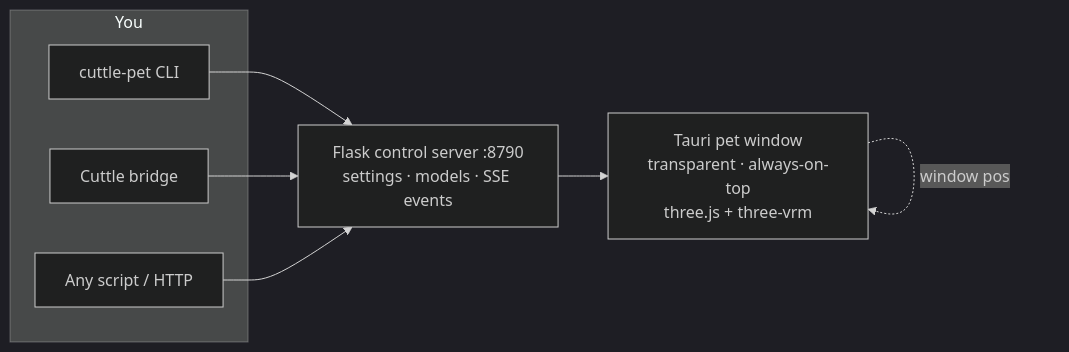
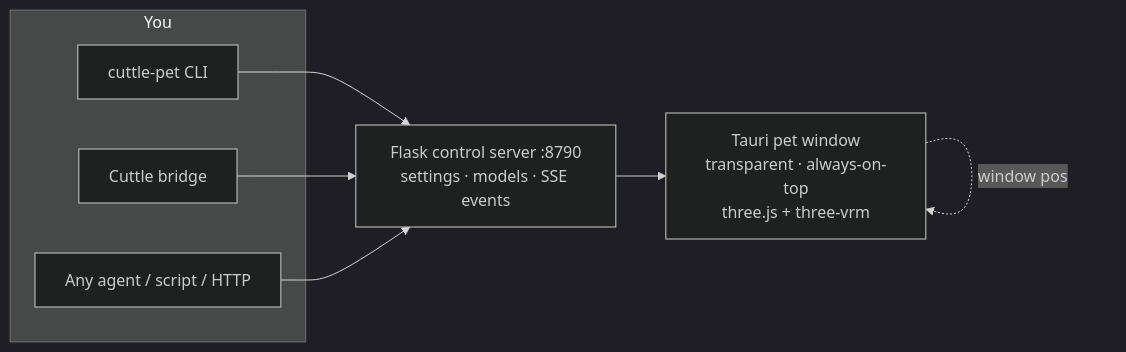
One commit to kidchemical/Cuttle-Pets changed the diagram in README.md. Above: the diagram before and after it, drawn with Mermaid (dark theme). The commit also changed other lines of this file and 11 other files, not shown here.

````diff
--- a/README.md
+++ b/README.md
@@ -86,11 +114,11 @@
 ```mermaid
 flowchart LR
   subgraph You
     CLI[cuttle-pet CLI]
     Bridge[Cuttle bridge]
-    Any[Any script / HTTP]
+    Any[Any agent / script / HTTP]
   end
   CLI & Bridge & Any --> Server[Flask control server :8790<br/>settings · models · SSE events]
   Server --> Pet[Tauri pet window<br/>transparent · always-on-top<br/>three.js + three-vrm]
   Pet -. window pos .-> Pet
 ```
````
